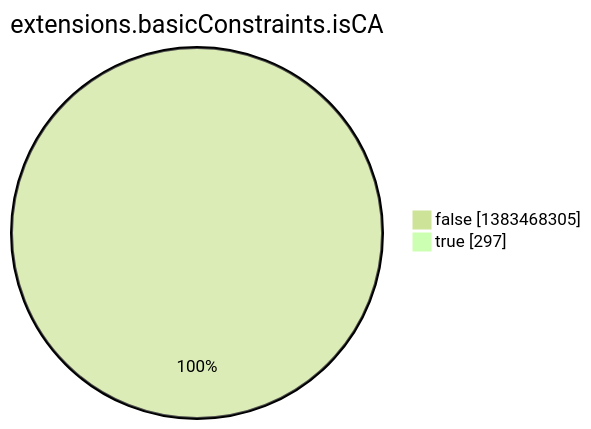
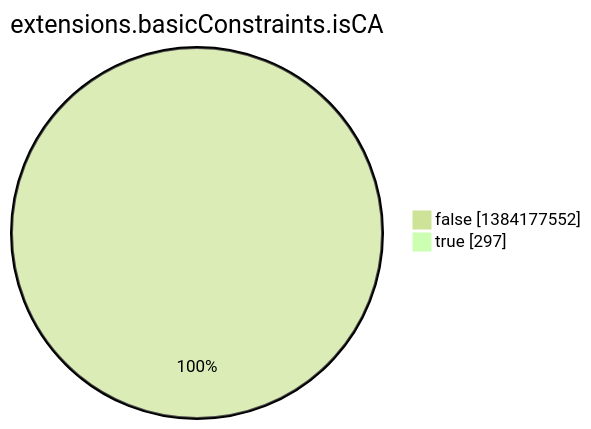
One commit to christiankrug/ctmonitor_visualization changed the eighth of 15 diagrams in argon2022/README.md. Above: the diagram before and after it, drawn with Mermaid (forest theme). The commit also changed other lines of this file, not shown here.

````diff
--- a/argon2022/README.md
+++ b/argon2022/README.md
@@ -2759,6 +2759,6 @@
 ```mermaid
 pie showData
 title extensions.basicConstraints.isCA
-"false" :1383468305
+"false" :1384177552
 "true" :297
 ```
````
